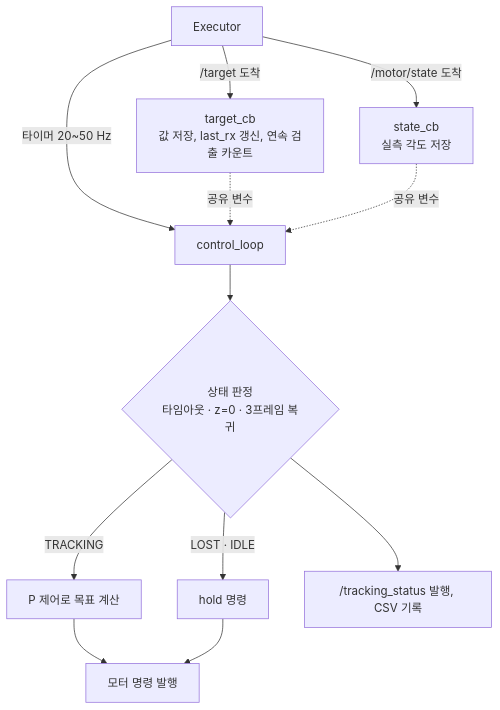
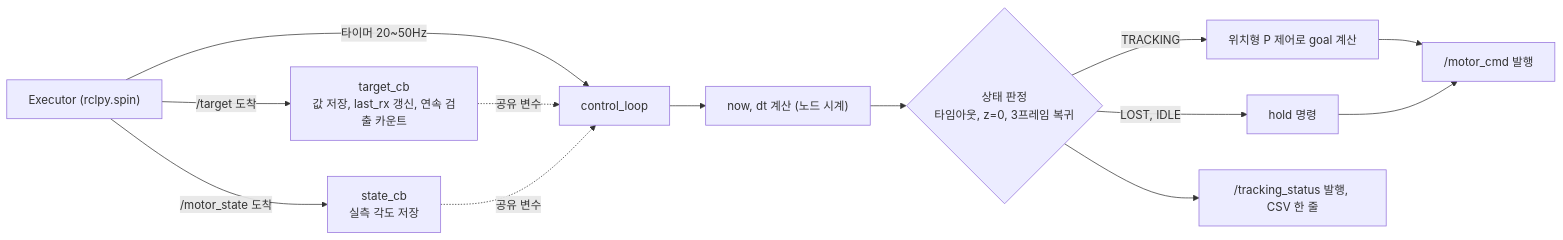
Before and after one commit to cowsjh/Lv2_Horus_Assignment: the fourth of 7 diagrams in lv2_module5/presentation.md, drawn with Mermaid. The commit also changed other lines of this file and 79 other files, not shown here.

````diff
--- a/lv2_module5/presentation.md
+++ b/lv2_module5/presentation.md
@@ -227,15 +195,16 @@
 ```mermaid
-flowchart TD
-  EX["Executor"]
+flowchart LR
+  EX["Executor (rclpy.spin)"]
   EX -->|"/target 도착"| CB1["target_cb<br/>값 저장, last_rx 갱신, 연속 검출 카운트"]
-  EX -->|"/motor/state 도착"| CB2["state_cb<br/>실측 각도 저장"]
-  EX -->|"타이머 20~50 Hz"| TM["control_loop"]
-  TM --> T2{"상태 판정<br/>타임아웃 · z=0 · 3프레임 복귀"}
-  T2 -->|"TRACKING"| T3["P 제어로 목표 계산"]
-  T2 -->|"LOST · IDLE"| T4["hold 명령"]
-  T3 --> PUB["모터 명령 발행"]
+  EX -->|"/motor_state 도착"| CB2["state_cb<br/>실측 각도 저장"]
+  EX -->|"타이머 20~50Hz"| TM["control_loop"]
+  TM --> T1["now, dt 계산 (노드 시계)"]
+  T1 --> T2{"상태 판정<br/>타임아웃, z=0, 3프레임 복귀"}
+  T2 -->|"TRACKING"| T3["위치형 P 제어로 goal 계산"]
+  T2 -->|"LOST, IDLE"| T4["hold 명령"]
+  T3 --> PUB["/motor_cmd 발행"]
   T4 --> PUB
-  T2 --> ST["/tracking_status 발행, CSV 기록"]
-  CB1 -.->|"공유 변수"| TM
-  CB2 -.->|"공유 변수"| TM
+  T2 --> ST["/tracking_status 발행, CSV 한 줄"]
+  CB1 -.공유 변수.-> TM
+  CB2 -.공유 변수.-> TM
 ```
````
